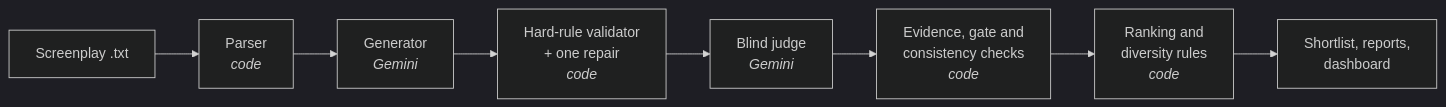
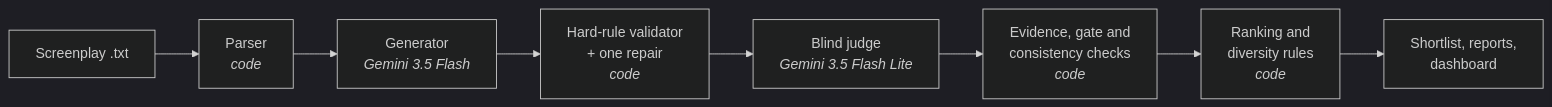
One commit to shobhit0521/Kuku_assignment changed the diagram in README.md. Above: the diagram before and after it, drawn with Mermaid (dark theme). The commit also changed other lines of this file and 457 other files, not shown here.

````diff
--- a/README.md
+++ b/README.md
@@ -60,10 +84,10 @@
 ```mermaid
 flowchart LR
     A[Screenplay .txt] --> B[Parser<br/><i>code</i>]
-    B --> C[Generator<br/><i>Gemini</i>]
+    B --> C[Generator<br/><i>Gemini 3.5 Flash</i>]
     C --> D[Hard-rule validator<br/>+ one repair<br/><i>code</i>]
-    D --> E[Blind judge<br/><i>Gemini</i>]
+    D --> E[Blind judge<br/><i>Gemini 3.5 Flash Lite</i>]
     E --> F[Evidence, gate and<br/>consistency checks<br/><i>code</i>]
     F --> G[Ranking and<br/>diversity rules<br/><i>code</i>]
     G --> H[Shortlist, reports,<br/>dashboard]
 ```
````
